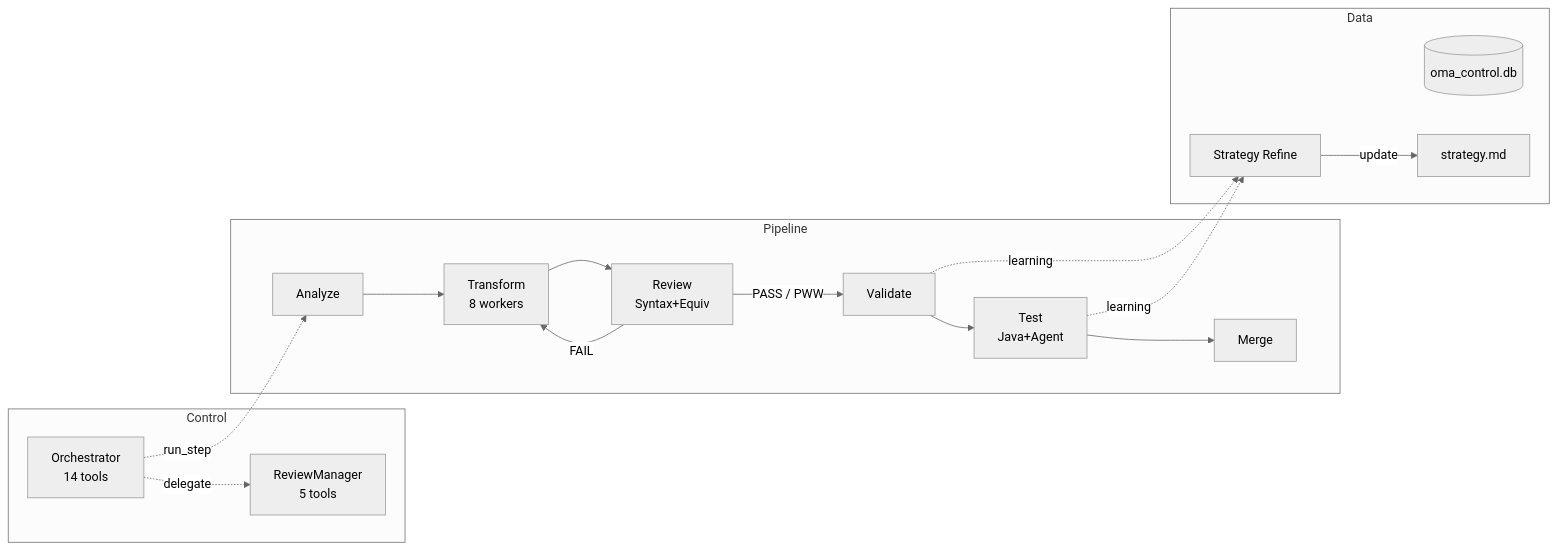
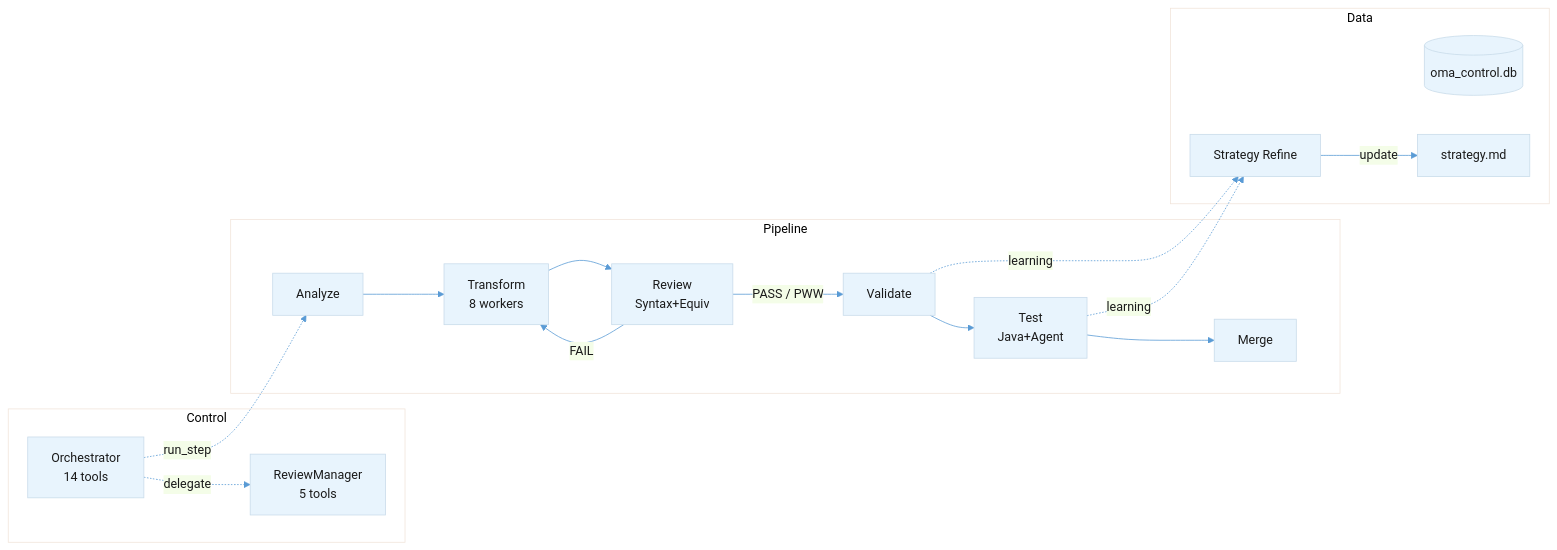
One commit to aws-samples/sample-oracle-modernization-agent changed the diagram in docs/SYSTEM_DOCUMENTATION.md. Above: the diagram before and after it, drawn with Mermaid.

Commit message:
fix: Force white background on mermaid diagram for dark mode

````diff
--- a/docs/SYSTEM_DOCUMENTATION.md
+++ b/docs/SYSTEM_DOCUMENTATION.md
@@ -43,29 +43,29 @@
 ```mermaid
-%%{init: {'theme': 'neutral'}}%%
+%%{init: {'theme': 'base', 'themeVariables': {'primaryColor': '#e8f4fd', 'primaryTextColor': '#1a1a1a', 'lineColor': '#5a9bd5', 'background': '#ffffff'}}}%%
 graph LR
     subgraph Control
         ORC[Orchestrator<br/>14 tools]
         RVM[ReviewManager<br/>5 tools]
     end
 
     subgraph Pipeline
         ANA[Analyze] --> TRF[Transform<br/>8 workers]
         TRF --> REV[Review<br/>Syntax+Equiv]
         REV -->|PASS / PWW| VAL[Validate]
         REV -->|FAIL| TRF
         VAL --> TST[Test<br/>Java+Agent]
         TST --> MRG[Merge]
     end
 
     subgraph Data
         DB[(oma_control.db)]
         STG[strategy.md]
         SRF[Strategy Refine]
     end
 
     ORC -.->|run_step| ANA
     ORC -.->|delegate| RVM
     VAL -.->|learning| SRF
     TST -.->|learning| SRF
     SRF -->|update| STG
 ```
````
